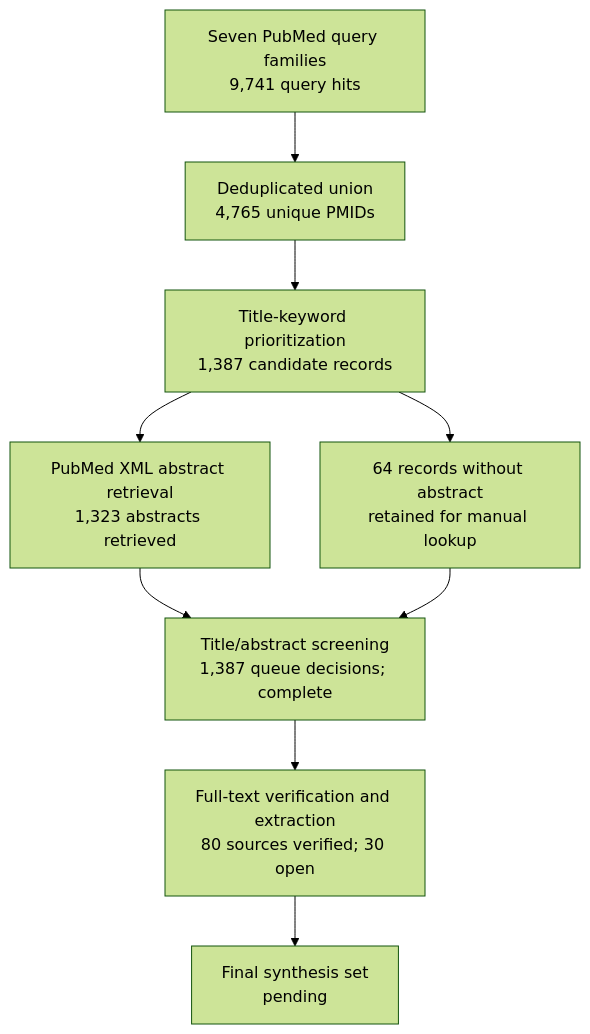
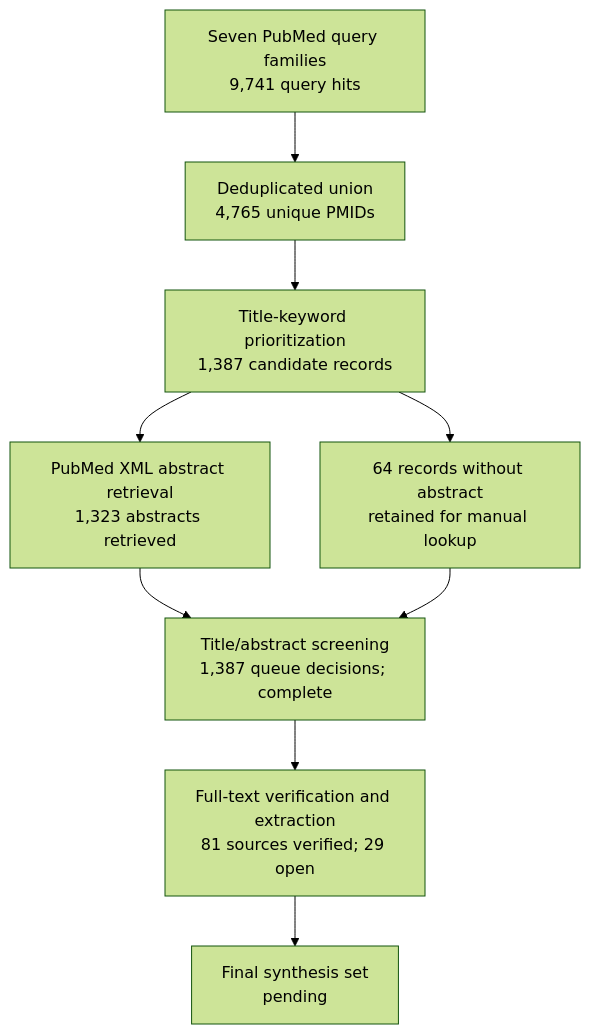
One commit to dcmcshan/artemisia changed the diagram in manuscript/review-flow.md. Above: the diagram before and after it, drawn with Mermaid (forest theme). The commit also changed other lines of this file and 17 other files, not shown here.

Commit message:
Expand full-text Artemisia antiparasitic evidence

````diff
--- a/manuscript/review-flow.md
+++ b/manuscript/review-flow.md
@@ -5,11 +5,11 @@
 ```mermaid
 flowchart TB
   Q[Seven PubMed query families<br/>9,741 query hits] --> U[Deduplicated union<br/>4,765 unique PMIDs]
   U --> T[Title-keyword prioritization<br/>1,387 candidate records]
   T --> A[PubMed XML abstract retrieval<br/>1,323 abstracts retrieved]
   T --> N[64 records without abstract<br/>retained for manual lookup]
   A --> M[Title/abstract screening<br/>1,387 queue decisions; complete]
   N --> M
-  M --> F[Full-text verification and extraction<br/>80 sources verified; 30 open]
+  M --> F[Full-text verification and extraction<br/>81 sources verified; 29 open]
   F --> S[Final synthesis set<br/>pending]
 ```
````
